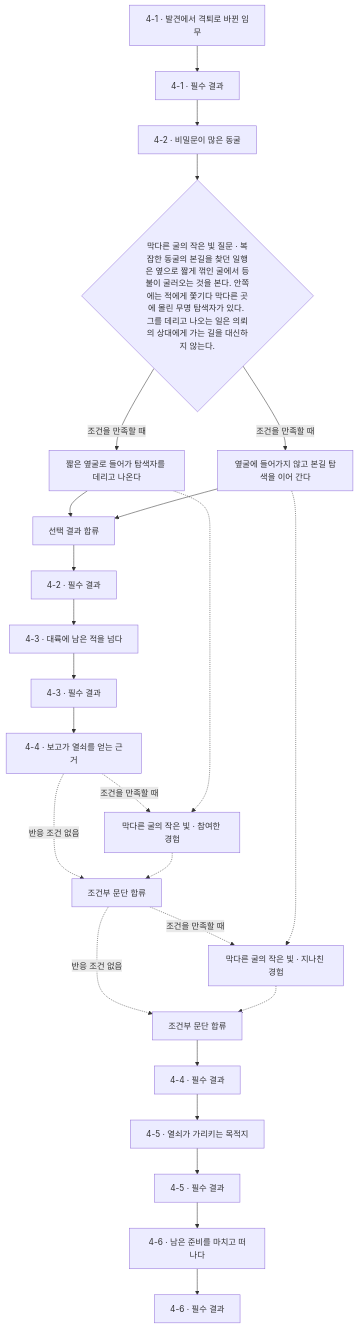
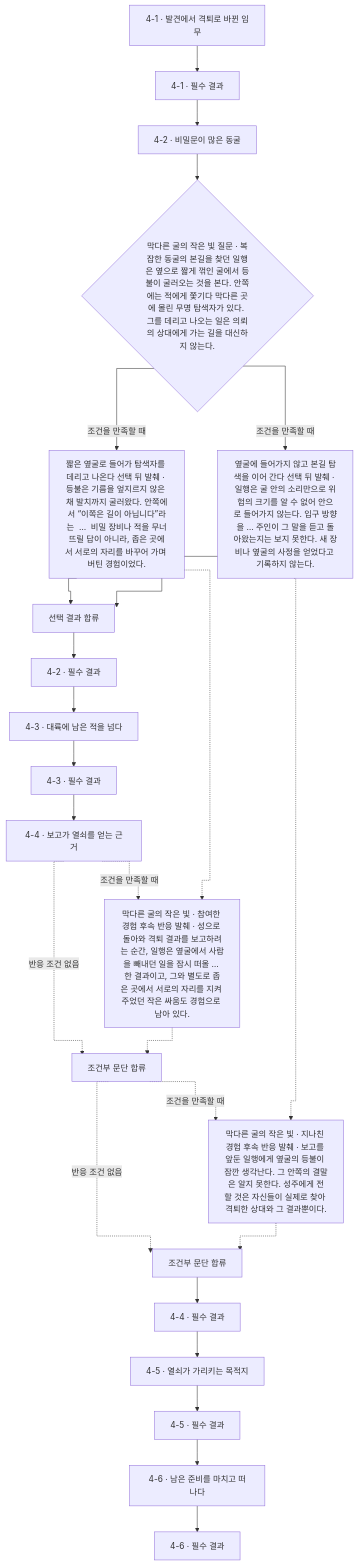
Before and after one commit to obmaz/lore: the sixth of 17 diagrams in novel/writing/side-stories/generated/flow.md, drawn with Mermaid. The commit also changed other lines of this file and 20 other files, not shown here.

Commit message:
Show branch outcomes and route graph memory links orthogonally

````diff
--- a/novel/writing/side-stories/generated/flow.md
+++ b/novel/writing/side-stories/generated/flow.md
@@ -595,47 +600,48 @@
 ```mermaid
+%%{init: {"flowchart": {"curve": "stepAfter"}}}%%
 flowchart TB
   nde09b3fb6ba43591["4-1 · 발견에서 격퇴로 바뀐 임무"]
   n2e3035cbc26a3c7a["4-1 · 필수 결과"]
   n7c5310290e422cf3["4-2 · 비밀문이 많은 동굴"]
   n0e65b6de084f1407{"막다른 굴의 작은 빛 질문 · 복잡한 동굴의 본길을 찾던 일행은 옆으로 짧게 꺾인 굴에서 등불이 굴러오는 것을 본다. 안쪽에는 적에게 쫓기다 막다른 곳에 몰린 무명 탐색자가 있다. 그를 데리고 나오는 일은 의뢰의 상대에게 가는 길을 대신하지 않는다."}
   ncc56ba0cd90f69af["선택 결과 합류"]
-  n3e64dc11b3f15f10["짧은 옆굴로 들어가 탐색자를 데리고 나온다"]
-  n2c049ed2fef8cd67["옆굴에 들어가지 않고 본길 탐색을 이어 간다"]
+  n3e64dc11b3f15f10["짧은 옆굴로 들어가 탐색자를 데리고 나온다 선택 뒤 발췌 · 등불은 기름을 엎지르지 않은 채 발치까지 굴러왔다. 안쪽에서 “이쪽은 길이 아닙니다”라는  …  비밀 장비나 적을 무너뜨릴 답이 아니라, 좁은 곳에서 서로의 자리를 바꾸어 가며 버틴 경험이었다."]
+  n2c049ed2fef8cd67["옆굴에 들어가지 않고 본길 탐색을 이어 간다 선택 뒤 발췌 · 일행은 굴 안의 소리만으로 위험의 크기를 알 수 없어 안으로 들어가지 않는다. 입구 방향을 … 주인이 그 말을 듣고 돌아왔는지는 보지 못한다. 새 장비나 옆굴의 사정을 얻었다고 기록하지 않는다."]
   na2179806721c6dee["4-2 · 필수 결과"]
   nc8da69b979a56e8f["4-3 · 대륙에 남은 적을 넘다"]
   nf3c3fa08f5cdea2e["4-3 · 필수 결과"]
   ndc64cc5e6ead3c88["4-4 · 보고가 열쇠를 얻는 근거"]
-  n4e7585bf4e05cf09["막다른 굴의 작은 빛 · 참여한 경험"]
+  n4e7585bf4e05cf09["막다른 굴의 작은 빛 · 참여한 경험 후속 반응 발췌 · 성으로 돌아와 격퇴 결과를 보고하려는 순간, 일행은 옆굴에서 사람을 빼내던 일을 잠시 떠올 … 한 결과이고, 그와 별도로 좁은 곳에서 서로의 자리를 지켜 주었던 작은 싸움도 경험으로 남아 있다."]
   n38be9b083f52f302["조건부 문단 합류"]
-  n244797cbaf4831ed["막다른 굴의 작은 빛 · 지나친 경험"]
+  n244797cbaf4831ed["막다른 굴의 작은 빛 · 지나친 경험 후속 반응 발췌 · 보고를 앞둔 일행에게 옆굴의 등불이 잠깐 생각난다. 그 안쪽의 결말은 알지 못한다. 성주에게 전할 것은 자신들이 실제로 찾아 격퇴한 상대와 그 결과뿐이다."]
   n07db5757d1261211["조건부 문단 합류"]
   nf6ec7d20fd9ac502["4-4 · 필수 결과"]
   nf637feff548a610e["4-5 · 열쇠가 가리키는 목적지"]
   ne205c11399e0e682["4-5 · 필수 결과"]
   nb709df0369d21ef5["4-6 · 남은 준비를 마치고 떠나다"]
   n8673148fef94d07f["4-6 · 필수 결과"]
   nde09b3fb6ba43591 --> n2e3035cbc26a3c7a
   n7c5310290e422cf3 --> n0e65b6de084f1407
   n0e65b6de084f1407 -->|조건을 만족할 때| n3e64dc11b3f15f10
   n3e64dc11b3f15f10 --> ncc56ba0cd90f69af
   n0e65b6de084f1407 -->|조건을 만족할 때| n2c049ed2fef8cd67
   n2c049ed2fef8cd67 --> ncc56ba0cd90f69af
   ncc56ba0cd90f69af --> na2179806721c6dee
   n2e3035cbc26a3c7a --> n7c5310290e422cf3
   nc8da69b979a56e8f --> nf3c3fa08f5cdea2e
   na2179806721c6dee --> nc8da69b979a56e8f
   ndc64cc5e6ead3c88 -.->|조건을 만족할 때| n4e7585bf4e05cf09
   ndc64cc5e6ead3c88 -.->|반응 조건 없음| n38be9b083f52f302
   n4e7585bf4e05cf09 -.-> n38be9b083f52f302
   n38be9b083f52f302 -.->|조건을 만족할 때| n244797cbaf4831ed
   n38be9b083f52f302 -.->|반응 조건 없음| n07db5757d1261211
   n244797cbaf4831ed -.-> n07db5757d1261211
   n07db5757d1261211 --> nf6ec7d20fd9ac502
   nf3c3fa08f5cdea2e --> ndc64cc5e6ead3c88
   nf637feff548a610e --> ne205c11399e0e682
   nf6ec7d20fd9ac502 --> nf637feff548a610e
   nb709df0369d21ef5 --> n8673148fef94d07f
   ne205c11399e0e682 --> nb709df0369d21ef5
   n3e64dc11b3f15f10 -.-> n4e7585bf4e05cf09
   n2c049ed2fef8cd67 -.-> n244797cbaf4831ed
 ```
````
